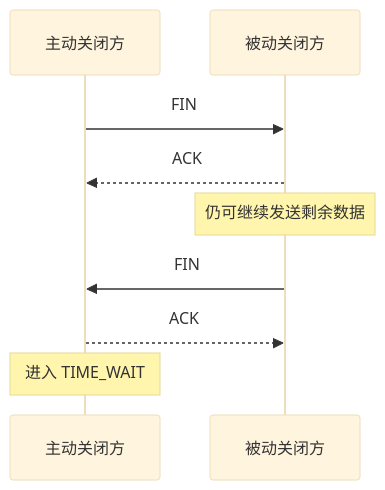
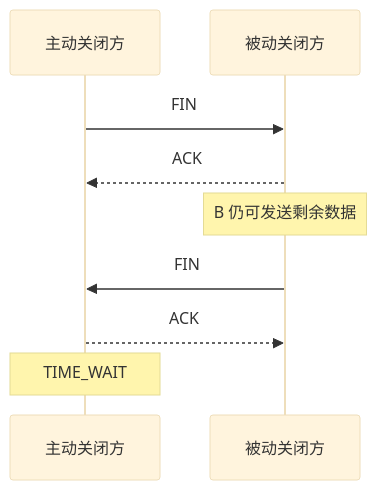
One commit to 74262195/system-architect-notes changed the diagram in 01_综合知识/01_计算机系统基础知识/03_计算机网络/TCP四次挥手.md. Above: the diagram before and after it, drawn with Mermaid (base theme). The commit also changed other lines of this file, not shown here.

````diff
--- a/01_综合知识/01_计算机系统基础知识/03_计算机网络/TCP四次挥手.md
+++ b/01_综合知识/01_计算机系统基础知识/03_计算机网络/TCP四次挥手.md
@@ -35,11 +34,11 @@
-~~~mermaid
+```mermaid
 sequenceDiagram
     participant A as 主动关闭方
     participant B as 被动关闭方
     A->>B: FIN
     B-->>A: ACK
-    Note over B: 仍可继续发送剩余数据
+    Note over B: B 仍可发送剩余数据
     B->>A: FIN
     A-->>B: ACK
-    Note over A: 进入 TIME_WAIT
-~~~
+    Note over A: TIME_WAIT
+```
````
